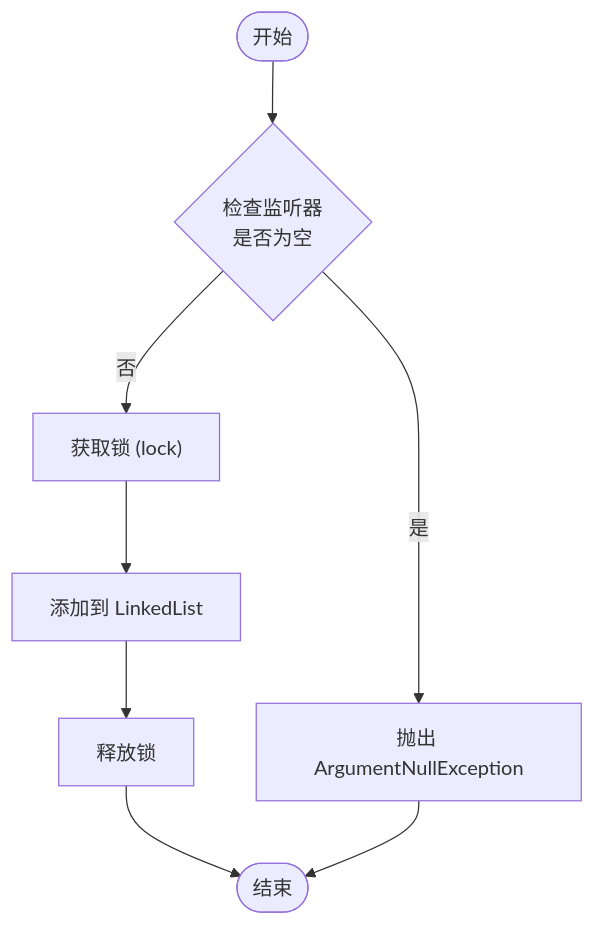
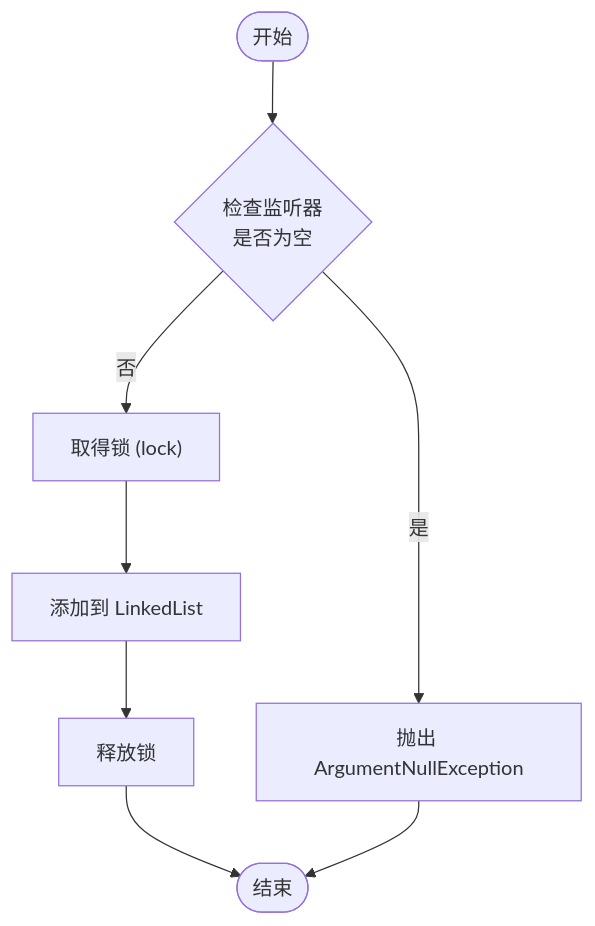
Before and after one commit to AlianBlank/GameFrameX.Docs: the third of 3 diagrams in docs/ja/client/unity/component/mono/06.monomanager.md, drawn with Mermaid. The commit also changed other lines of this file and 603 other files, not shown here.

````diff
--- a/docs/ja/client/unity/component/mono/06.monomanager.md
+++ b/docs/ja/client/unity/component/mono/06.monomanager.md
@@ -97,10 +97,10 @@
 ```mermaid
 flowchart TD
     Start([开始]) --> Check{检查监听器<br/>是否为空}
     Check -->|是| ThrowError[抛出 ArgumentNullException]
-    Check -->|否| Lock["获取锁 (lock)"]
+    Check -->|否| Lock["取得锁 (lock)"]
     Lock --> Add[添加到 LinkedList]
     Add --> Unlock[释放锁]
     Unlock --> End([结束])
     ThrowError --> End
 ```
````
